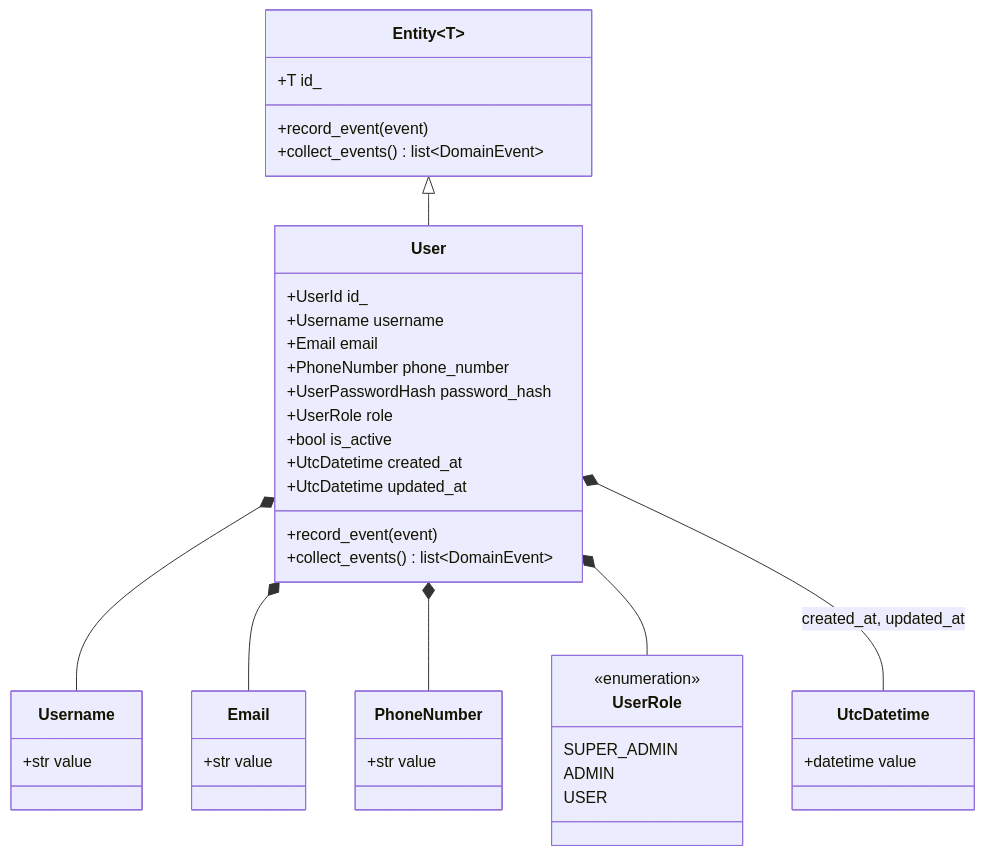
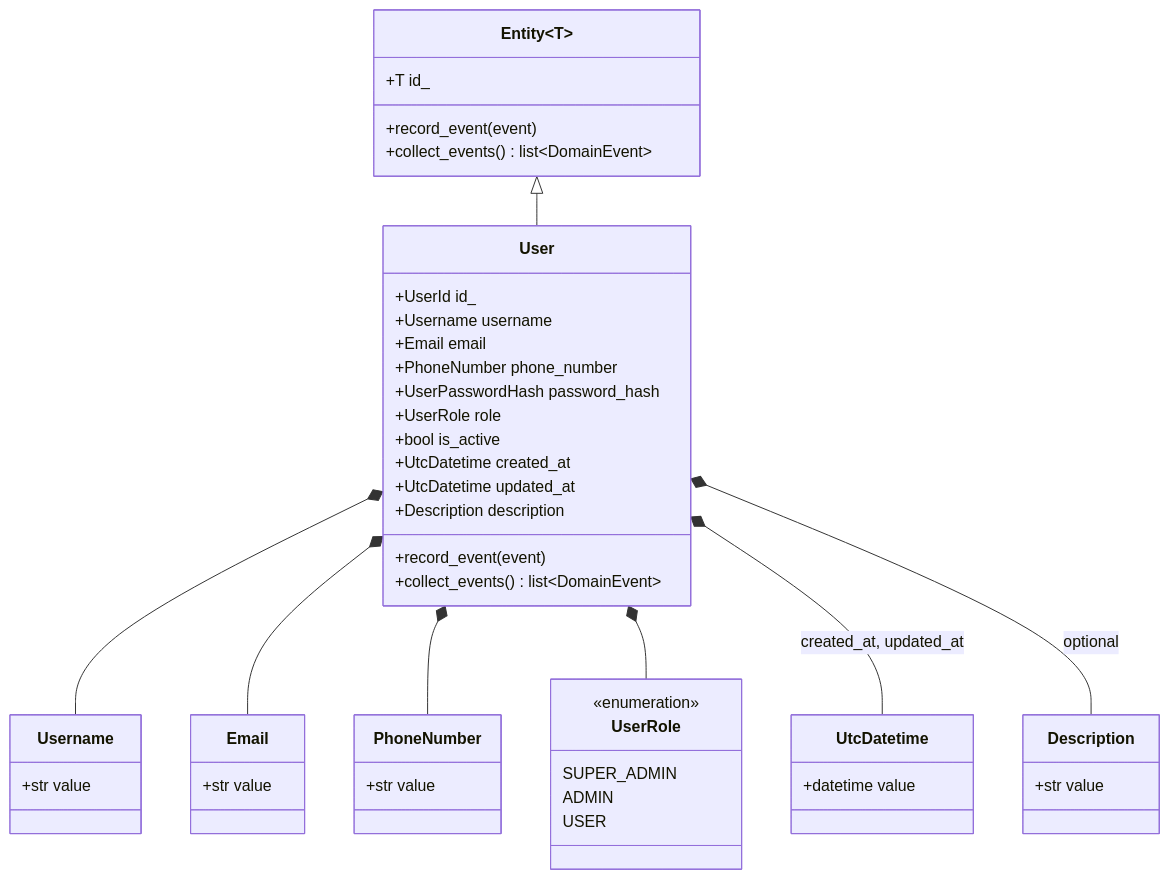
One commit to Kgotso-Koete/fastapi-clean-example changed the second of 3 diagrams in docs/wiki/content/data-models/domain-entities.md. Above: the diagram before and after it, drawn with Mermaid. The commit also changed other lines of this file and 57 other files, not shown here.

````diff
--- a/docs/wiki/content/data-models/domain-entities.md
+++ b/docs/wiki/content/data-models/domain-entities.md
@@ -102,45 +102,50 @@
     ```mermaid
     classDiagram
         class User {
             +UserId id_
             +Username username
             +Email email
             +PhoneNumber phone_number
             +UserPasswordHash password_hash
             +UserRole role
             +bool is_active
             +UtcDatetime created_at
             +UtcDatetime updated_at
+            +Description description
             +record_event(event)
             +collect_events() list~DomainEvent~
         }
         class Entity~T~ {
             +T id_
             +record_event(event)
             +collect_events() list~DomainEvent~
         }
         class Username {
             +str value
         }
         class Email {
             +str value
         }
         class PhoneNumber {
             +str value
         }
         class UtcDatetime {
             +datetime value
         }
+        class Description {
+            +str value
+        }
         class UserRole {
             <<enumeration>>
             SUPER_ADMIN
             ADMIN
             USER
         }
         Entity~T~ <|-- User
         User *-- Username
         User *-- Email
         User *-- PhoneNumber
         User *-- UserRole
         User *-- UtcDatetime : created_at, updated_at
+        User *-- Description : optional
     ```
````
